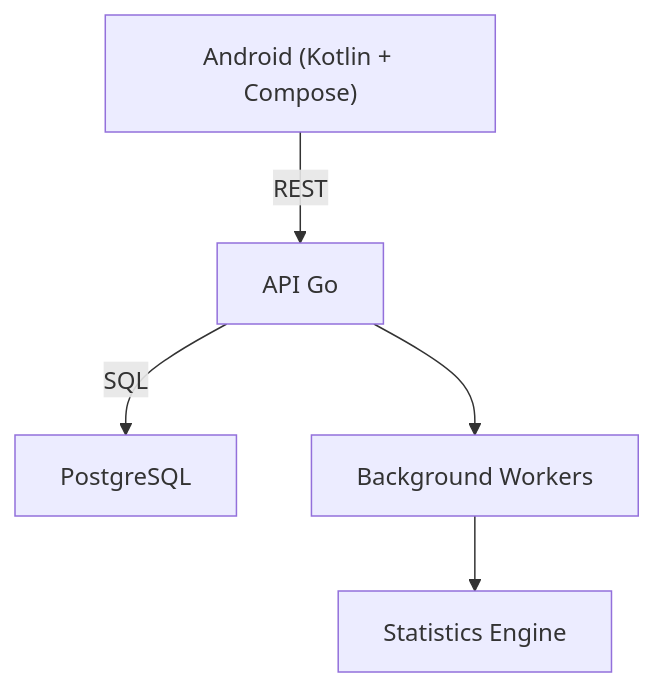
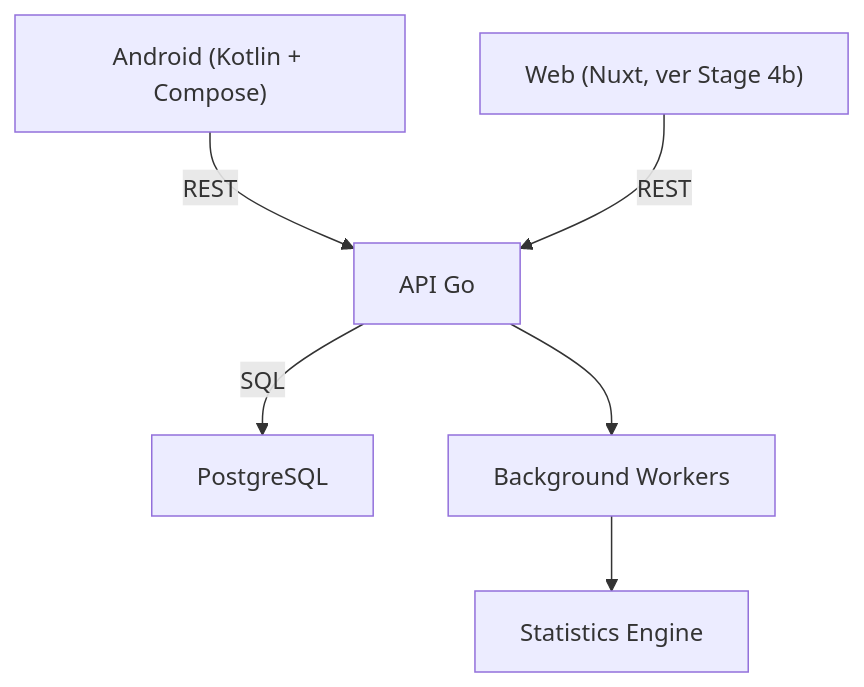
Before and after one commit to mllagostera/commander-companion: the first of 2 diagrams in docs/roadmap/ROADMAP.md, drawn with Mermaid. The commit also changed other lines of this file and 35 other files, not shown here.

````diff
--- a/docs/roadmap/ROADMAP.md
+++ b/docs/roadmap/ROADMAP.md
@@ -37,7 +37,8 @@
 ```mermaid
 graph TD
     Android["Android (Kotlin + Compose)"] -->|REST| APIGo["API Go"]
+    Web["Web (Nuxt, ver Stage 4b)"] -->|REST| APIGo
     APIGo -->|SQL| PostgreSQL["PostgreSQL"]
     APIGo --> BackgroundWorkers["Background Workers"]
     BackgroundWorkers --> StatisticsEngine["Statistics Engine"]
 ```
````
